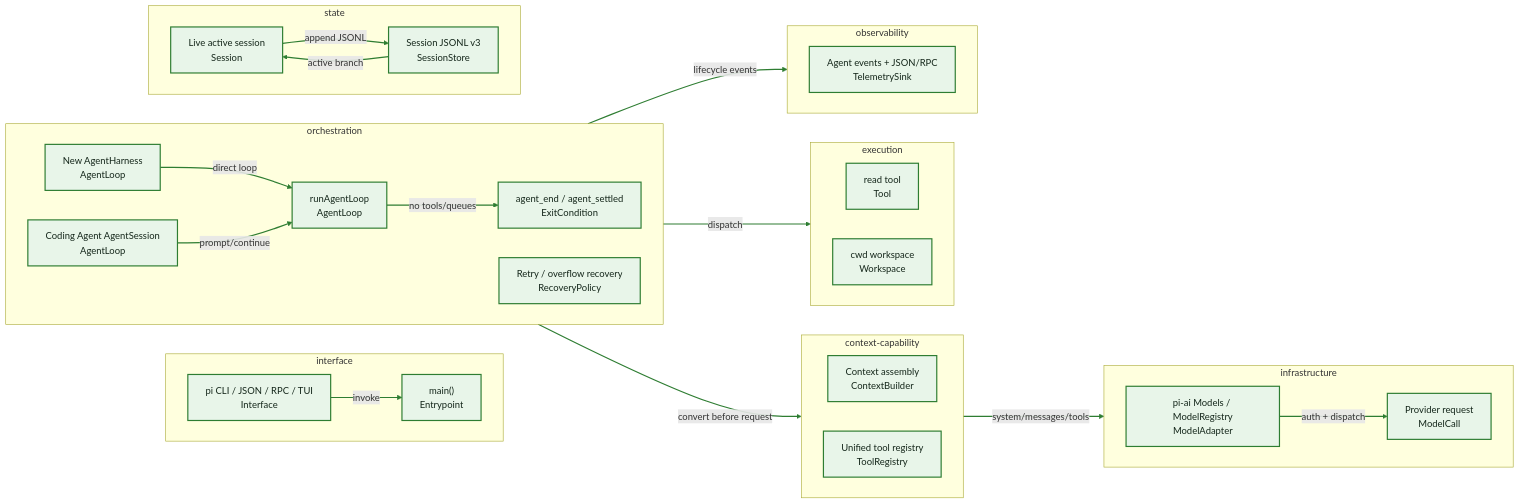
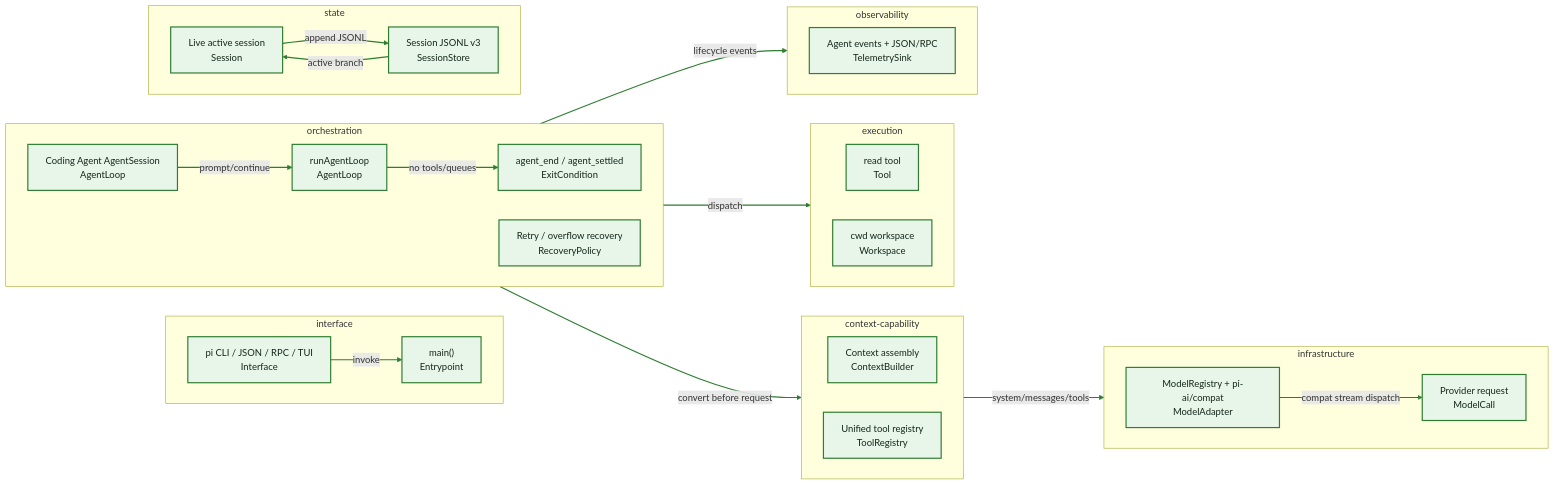
One commit to IcyFeather233/awesome-harness-analysis changed the diagram in pi-harness-analysis/diagrams/system-overview.mmd. Above: the diagram before and after it, drawn with Mermaid. The commit also changed 107 other files, not shown here.

```diff
--- a/pi-harness-analysis/diagrams/system-overview.mmd
+++ b/pi-harness-analysis/diagrams/system-overview.mmd
@@ -1,67 +1,64 @@
 flowchart LR
   %% System Overview
   classDef observed fill:#E8F5E9,stroke:#2E7D32,color:#14261A,stroke-width:2px;
   classDef staticOnly fill:#F8FAFC,stroke:#64748B,color:#1E293B,stroke-width:1.5px;
   classDef inferred fill:#FFF7ED,stroke:#B45309,color:#431407,stroke-width:1.5px;
   classDef conflicted fill:#FEF2F2,stroke:#B91C1C,color:#450A0A,stroke-width:2.5px;
   classDef unknown fill:#F8FAFC,stroke:#94A3B8,color:#475569,stroke-width:1.5px;
   subgraph g_7699326adbab["context-capability"]
     direction LR
     n_3af45ee25e84["Context assembly<br/>ContextBuilder"]
     n_26809c922930["Unified tool registry<br/>ToolRegistry"]
   end
   subgraph g_49d0be848b1c["execution"]
     direction LR
     n_c223520f774e["read tool<br/>Tool"]
     n_94fdf21bba59["cwd workspace<br/>Workspace"]
   end
   subgraph g_010ee689036e["infrastructure"]
     direction LR
-    n_fefc5c1c7ccb["pi-ai Models / ModelRegistry<br/>ModelAdapter"]
+    n_fefc5c1c7ccb["ModelRegistry + pi-ai/compat<br/>ModelAdapter"]
     n_6327a3e9cdd9["Provider request<br/>ModelCall"]
   end
   subgraph g_5675c2848ee9["interface"]
     direction LR
     n_822e4631e8d0["main()<br/>Entrypoint"]
     n_d82b55feeebb["pi CLI / JSON / RPC / TUI<br/>Interface"]
   end
   subgraph g_b8b8ecaaf20b["observability"]
     direction LR
     n_95a05335b894["Agent events + JSON/RPC<br/>TelemetrySink"]
   end
   subgraph g_64b4da5568e7["orchestration"]
     direction LR
     n_825e7b7c4e51["Coding Agent AgentSession<br/>AgentLoop"]
-    n_546fb0dae98a["New AgentHarness<br/>AgentLoop"]
     n_1f48ee0d4fd8["runAgentLoop<br/>AgentLoop"]
     n_9021d26f0f99["agent_end / agent_settled<br/>ExitCondition"]
     n_c1d0b90b4198["Retry / overflow recovery<br/>RecoveryPolicy"]
   end
   subgraph g_8e1a1eff44fb["state"]
     direction LR
     n_6fad310cfe27["Live active session<br/>Session"]
     n_110ebbcc690b["Session JSONL v3<br/>SessionStore"]
   end
-  class n_825e7b7c4e51,n_546fb0dae98a,n_1f48ee0d4fd8,n_3af45ee25e84,n_822e4631e8d0,n_9021d26f0f99,n_d82b55feeebb,n_fefc5c1c7ccb,n_6327a3e9cdd9,n_c1d0b90b4198,n_6fad310cfe27,n_110ebbcc690b,n_95a05335b894,n_c223520f774e,n_26809c922930,n_94fdf21bba59 observed;
-  n_546fb0dae98a -->|"direct loop"| n_1f48ee0d4fd8
+  class n_825e7b7c4e51,n_1f48ee0d4fd8,n_3af45ee25e84,n_822e4631e8d0,n_9021d26f0f99,n_d82b55feeebb,n_fefc5c1c7ccb,n_6327a3e9cdd9,n_c1d0b90b4198,n_6fad310cfe27,n_110ebbcc690b,n_95a05335b894,n_c223520f774e,n_26809c922930,n_94fdf21bba59 observed;
   n_825e7b7c4e51 -->|"prompt/continue"| n_1f48ee0d4fd8
   n_d82b55feeebb -->|"invoke"| n_822e4631e8d0
   n_3af45ee25e84 -->|"system/messages/tools"| n_6327a3e9cdd9
   n_1f48ee0d4fd8 -->|"convert before request"| n_3af45ee25e84
   n_1f48ee0d4fd8 -->|"lifecycle events"| n_95a05335b894
   n_1f48ee0d4fd8 -->|"no tools/queues"| n_9021d26f0f99
   n_1f48ee0d4fd8 -->|"dispatch"| n_c223520f774e
-  n_fefc5c1c7ccb -->|"auth + dispatch"| n_6327a3e9cdd9
+  n_fefc5c1c7ccb -->|"compat stream dispatch"| n_6327a3e9cdd9
   n_6fad310cfe27 -->|"append JSONL"| n_110ebbcc690b
   n_110ebbcc690b -->|"active branch"| n_6fad310cfe27
   linkStyle 0 stroke:#2E7D32,stroke-width:2px;
   linkStyle 1 stroke:#2E7D32,stroke-width:2px;
   linkStyle 2 stroke:#2E7D32,stroke-width:2px;
   linkStyle 3 stroke:#2E7D32,stroke-width:2px;
   linkStyle 4 stroke:#2E7D32,stroke-width:2px;
   linkStyle 5 stroke:#2E7D32,stroke-width:2px;
   linkStyle 6 stroke:#2E7D32,stroke-width:2px;
   linkStyle 7 stroke:#2E7D32,stroke-width:2px;
   linkStyle 8 stroke:#2E7D32,stroke-width:2px;
   linkStyle 9 stroke:#2E7D32,stroke-width:2px;
-  linkStyle 10 stroke:#2E7D32,stroke-width:2px;
```
